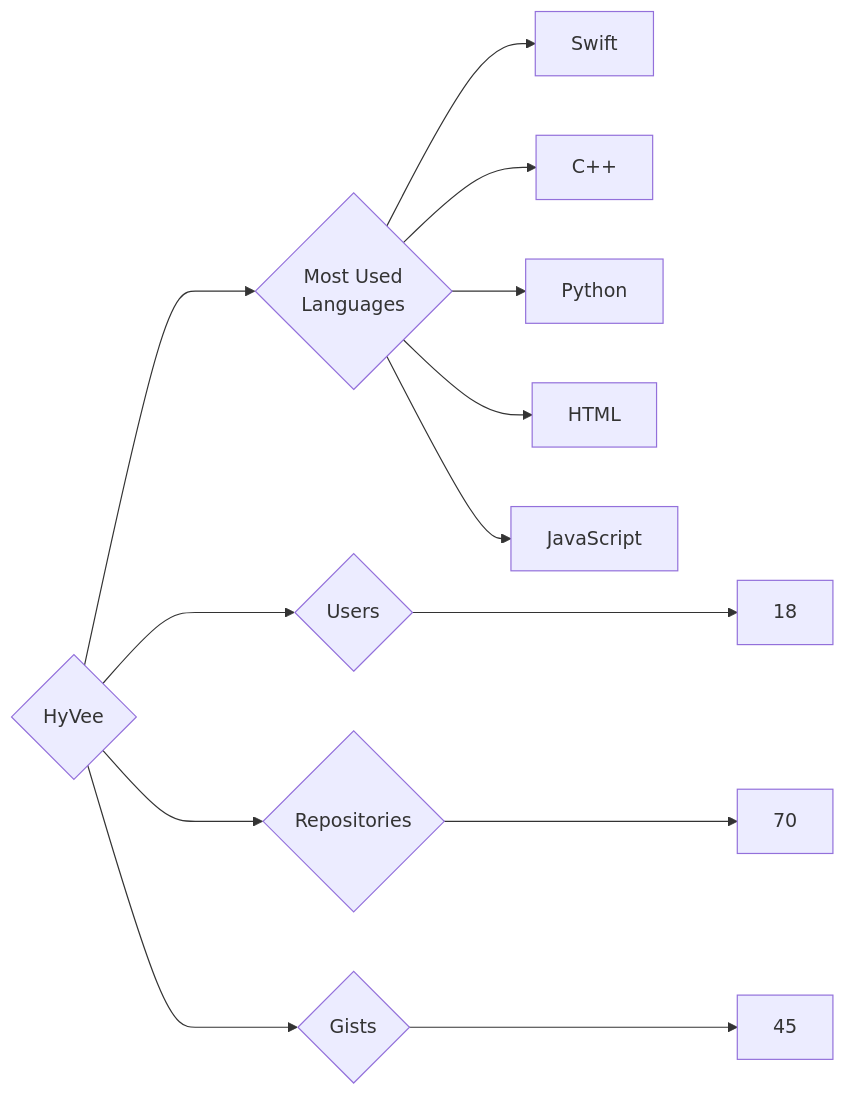
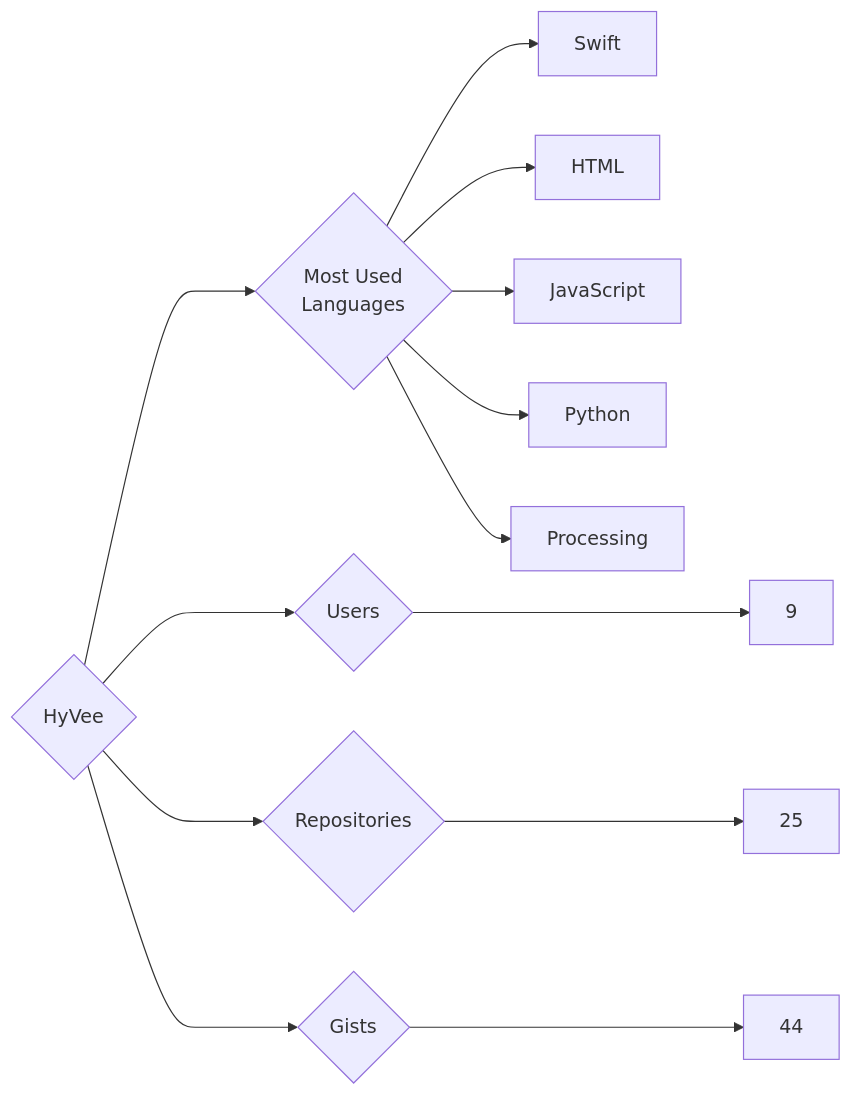
Before and after one commit to trickest/insiders: the diagram in targets/HyVee/README.md, drawn with Mermaid. The commit also changed 745 other files, not shown here.

````diff
--- a/targets/HyVee/README.md
+++ b/targets/HyVee/README.md
@@ -3,13 +3,13 @@
 ```mermaid
 graph LR
 COMPANY_NAME{HyVee}
-COMPANY_NAME ---> U{Users} ---> UN[18]
-COMPANY_NAME ---> R{Repositories} ---> RN[70]
-COMPANY_NAME ---> G{Gists} ---> GN[45]
+COMPANY_NAME ---> U{Users} ---> UN[9]
+COMPANY_NAME ---> R{Repositories} ---> RN[25]
+COMPANY_NAME ---> G{Gists} ---> GN[44]
 COMPANY_NAME ---> ML{Most Used<br>Languages}
 ML --> Swift[Swift]
-ML --> C++[C++]
-ML --> Python[Python]
 ML --> HTML[HTML]
 ML --> JavaScript[JavaScript]
+ML --> Python[Python]
+ML --> Processing[Processing]
 ```
````
